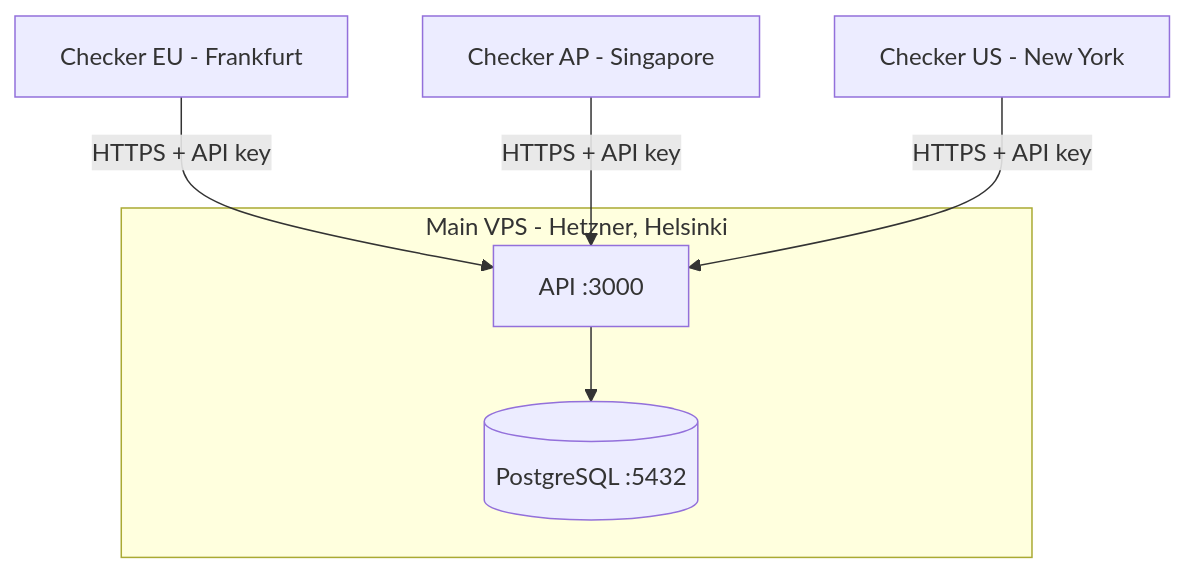
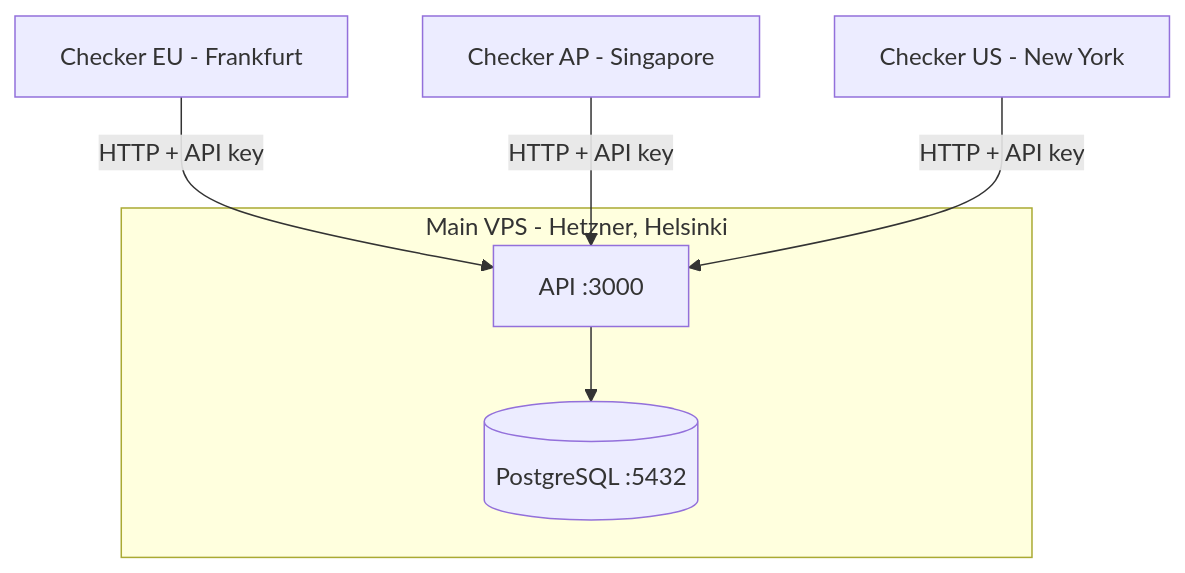
One commit to Tanhab/argus changed the diagram in README.md. Above: the diagram before and after it, drawn with Mermaid. The commit also changed other lines of this file and 12 other files, not shown here.

````diff
--- a/README.md
+++ b/README.md
@@ -17,12 +18,12 @@
 ```mermaid
 graph TD
     subgraph vps[Main VPS - Hetzner, Helsinki]
         API[API :3000]
         DB[(PostgreSQL :5432)]
         API --> DB
     end
 
-    EU[Checker EU - Frankfurt] -->|HTTPS + API key| API
-    AP[Checker AP - Singapore] -->|HTTPS + API key| API
-    US[Checker US - New York] -->|HTTPS + API key| API
+    EU[Checker EU - Frankfurt] -->|HTTP + API key| API
+    AP[Checker AP - Singapore] -->|HTTP + API key| API
+    US[Checker US - New York] -->|HTTP + API key| API
 ```
````
